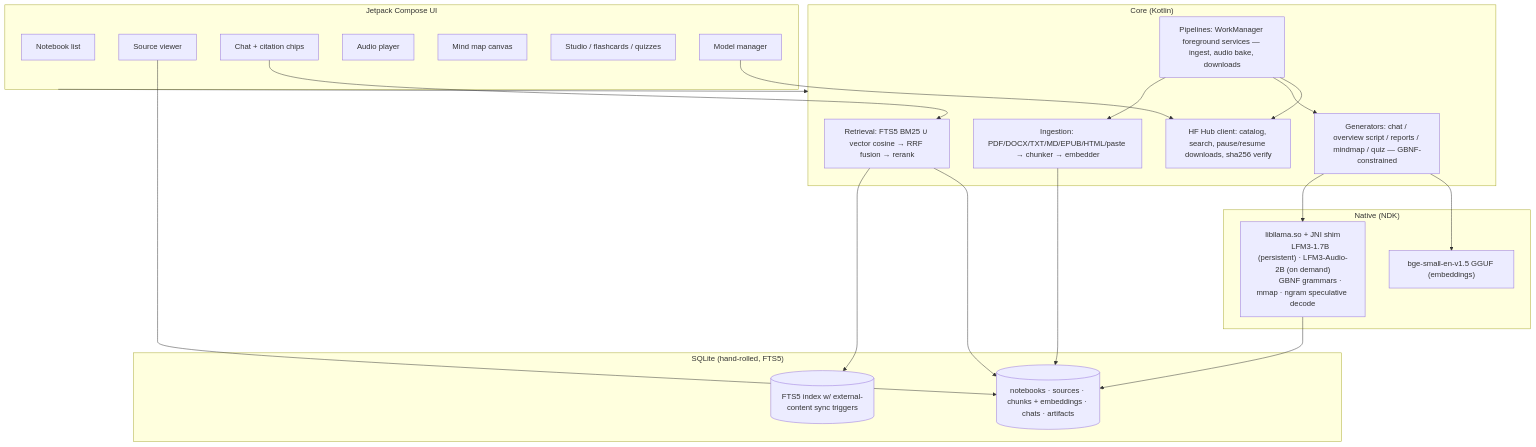
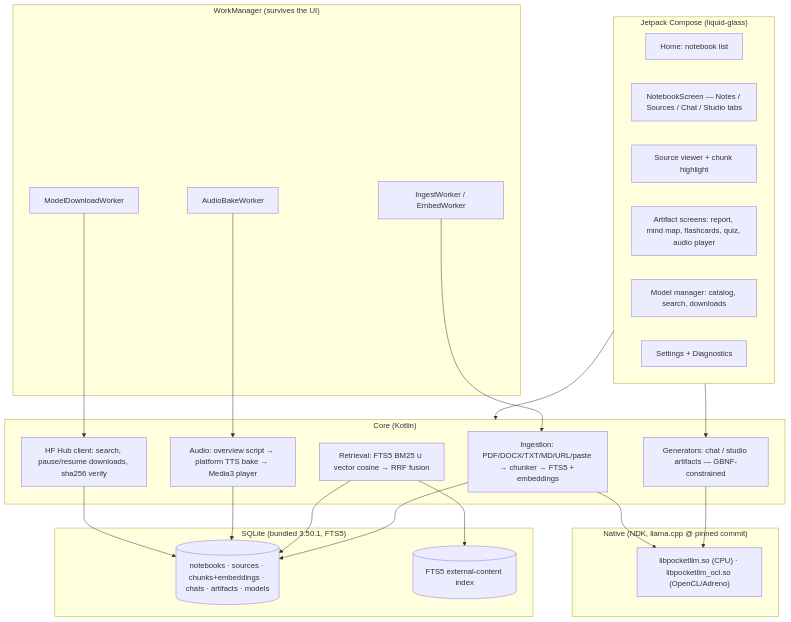
Before and after one commit to touhidsiddiqueeraj-bit/pocketnotebook: the first of 9 diagrams in docs/ARCHITECTURE.md, drawn with Mermaid. The commit also changed other lines of this file and 1 other file, not shown here.

First line of the commit message:
docs: refresh ARCHITECTURE.md — scope model, pipelines, engine fallback, real JNI surface

````diff
--- a/docs/ARCHITECTURE.md
+++ b/docs/ARCHITECTURE.md
@@ -8,46 +10,47 @@
 ```mermaid
 flowchart TB
-    subgraph UI["Jetpack Compose UI"]
-        NL[Notebook list]
-        SV[Source viewer]
-        CH[Chat + citation chips]
-        AP[Audio player]
-        MM[Mind map canvas]
-        ST[Studio / flashcards / quizzes]
-        MGM[Model manager]
+    subgraph UI["Jetpack Compose (liquid-glass)"]
+        HOME[Home: notebook list]
+        NTBK[NotebookScreen — Notes / Sources / Chat / Studio tabs]
+        SV[Source viewer + chunk highlight]
+        ART[Artifact screens: report, mind map, flashcards, quiz, audio player]
+        MGM[Model manager: catalog, search, downloads]
+        SET[Settings + Diagnostics]
     end
 
     subgraph CORE["Core (Kotlin)"]
-        ING[Ingestion: PDF/DOCX/TXT/MD/EPUB/HTML/paste → chunker → embedder]
-        RET[Retrieval: FTS5 BM25 ∪ vector cosine → RRF fusion → rerank]
-        GEN[Generators: chat / overview script / reports / mindmap / quiz — GBNF-constrained]
-        PIPE[Pipelines: WorkManager foreground services — ingest, audio bake, downloads]
-        HF[HF Hub client: catalog, search, pause/resume downloads, sha256 verify]
+        ING[Ingestion: PDF/DOCX/TXT/MD/URL/paste → chunker → FTS5 + embeddings]
+        RET[Retrieval: FTS5 BM25 ∪ vector cosine → RRF fusion]
+        GEN[Generators: chat / studio artifacts — GBNF-constrained]
+        TTS[Audio: overview script → platform TTS bake → Media3 player]
+        HF[HF Hub client: search, pause/resume downloads, sha256 verify]
     end
 
-    subgraph NATIVE["Native (NDK)"]
-        LLM["libllama.so + JNI shim
-        LFM3-1.7B (persistent) · LFM3-Audio-2B (on demand)
-        GBNF grammars · mmap · ngram speculative decode"]
-        EMB["bge-small-en-v1.5 GGUF (embeddings)"]
+    subgraph WORK["WorkManager (survives the UI)"]
+        W1[IngestWorker / EmbedWorker]
+        W2[AudioBakeWorker]
+        W3[ModelDownloadWorker]
     end
 
-    subgraph DATA["SQLite (hand-rolled, FTS5)"]
-        DB[(notebooks · sources · chunks + embeddings · chats · artifacts)]
-        FTS[(FTS5 index w/ external-content sync triggers)]
+    subgraph NATIVE["Native (NDK, llama.cpp @ pinned commit)"]
+        ENG["libpocketllm.so (CPU) · libpocketllm_ocl.so (OpenCL/Adreno)"]
+    end
+
+    subgraph DATA["SQLite (bundled 3.50.1, FTS5)"]
+        DB[(notebooks · sources · chunks+embeddings · chats · artifacts · models)]
+        FTS[(FTS5 external-content index)]
     end
 
     UI --> CORE
+    W1 --> ING
+    W2 --> TTS
+    W3 --> HF
     ING --> DB
     RET --> FTS
     RET --> DB
-    GEN --> LLM
-    GEN --> EMB
-    PIPE --> ING
-    PIPE --> GEN
-    PIPE --> HF
-    CH --> RET
-    SV --> DB
-    MGM --> HF
-    LLM --> DB
+    GEN --> ENG
+    ING --> ENG
+    TTS --> DB
+    HF --> DB
+    UI --> GEN
 ```
````
